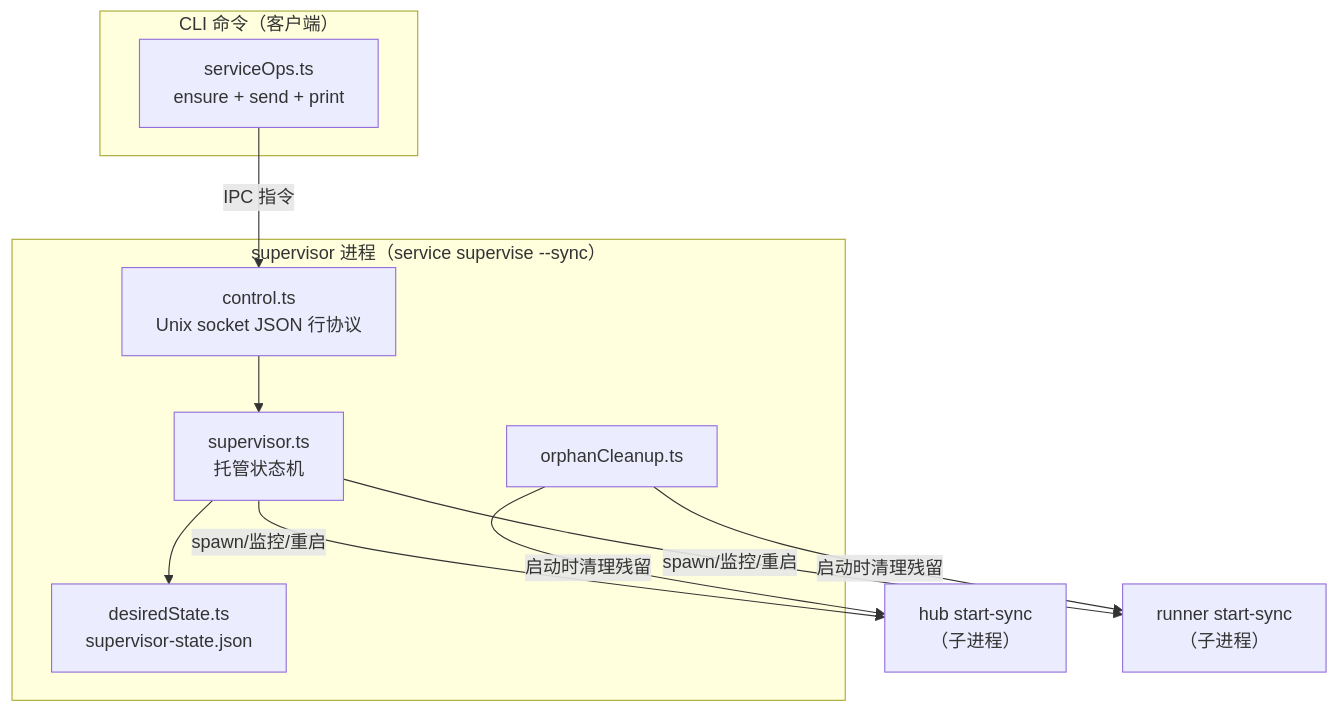
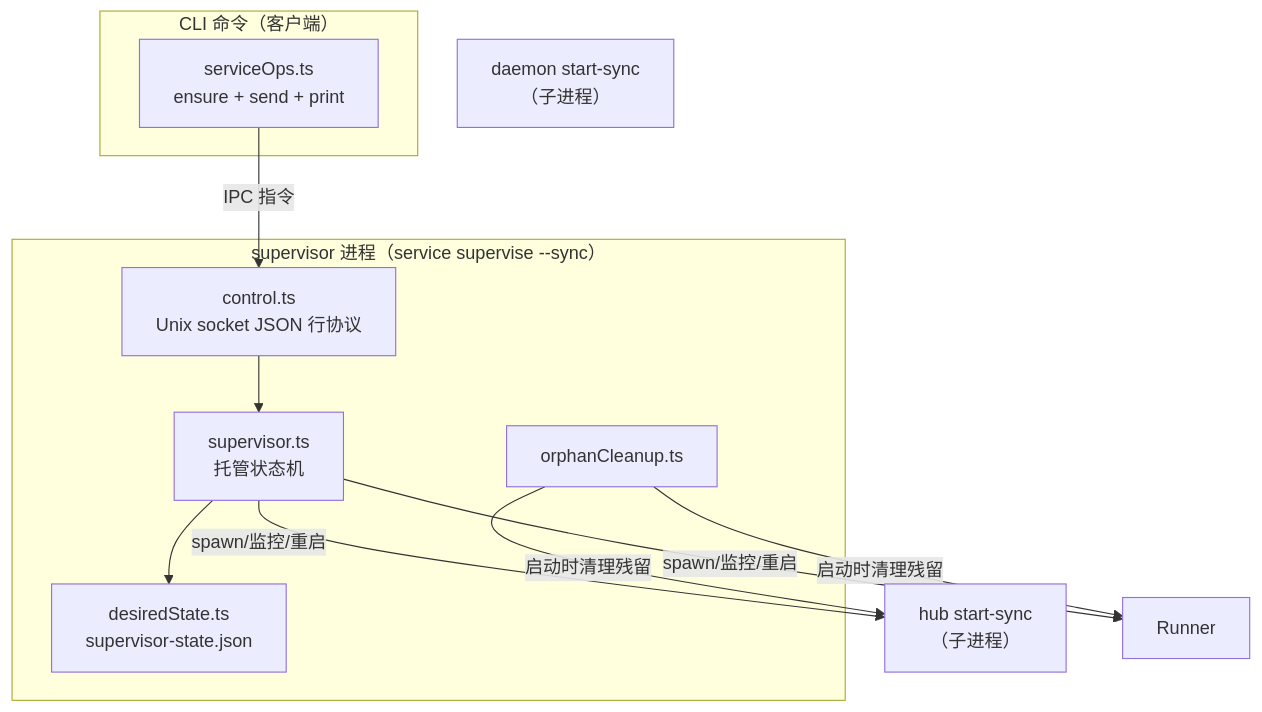
Before and after one commit to ModuBit/mobi: the first of 2 diagrams in docs/architecture/cli/commands/service/README.md, drawn with Mermaid. The commit also changed other lines of this file and 59 other files, not shown here.

````diff
--- a/docs/architecture/cli/commands/service/README.md
+++ b/docs/architecture/cli/commands/service/README.md
@@ -34,23 +34,23 @@
 ```mermaid
 flowchart TB
     subgraph CLI["CLI 命令（客户端）"]
         ServiceOps["serviceOps.ts<br/>ensure + send + print"]
     end
 
     subgraph SupervisorProc["supervisor 进程（service supervise --sync）"]
         ControlServer["control.ts<br/>Unix socket JSON 行协议"]
         StateMachine["supervisor.ts<br/>托管状态机"]
         Orphan["orphanCleanup.ts"]
         Desired["desiredState.ts<br/>supervisor-state.json"]
     end
 
     Hub["hub start-sync<br/>（子进程）"]
-    Runner["runner start-sync<br/>（子进程）"]
+    Daemon["daemon start-sync<br/>（子进程）"]
 
     ServiceOps -->|IPC 指令| ControlServer
     ControlServer --> StateMachine
     StateMachine --> |spawn/监控/重启| Hub
     StateMachine --> |spawn/监控/重启| Runner
     StateMachine --> Desired
     Orphan --> |启动时清理残留| Hub & Runner
 ```
````
